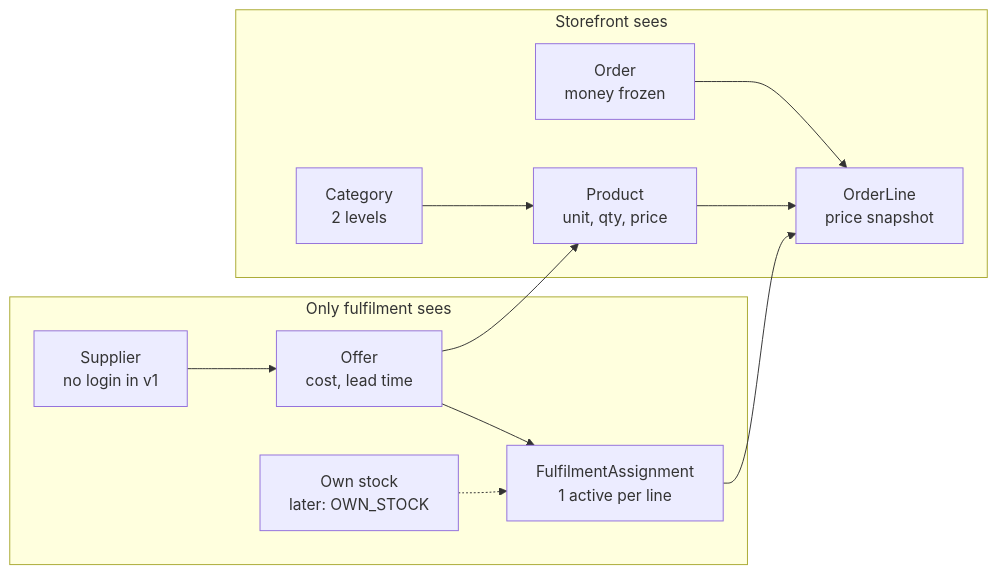
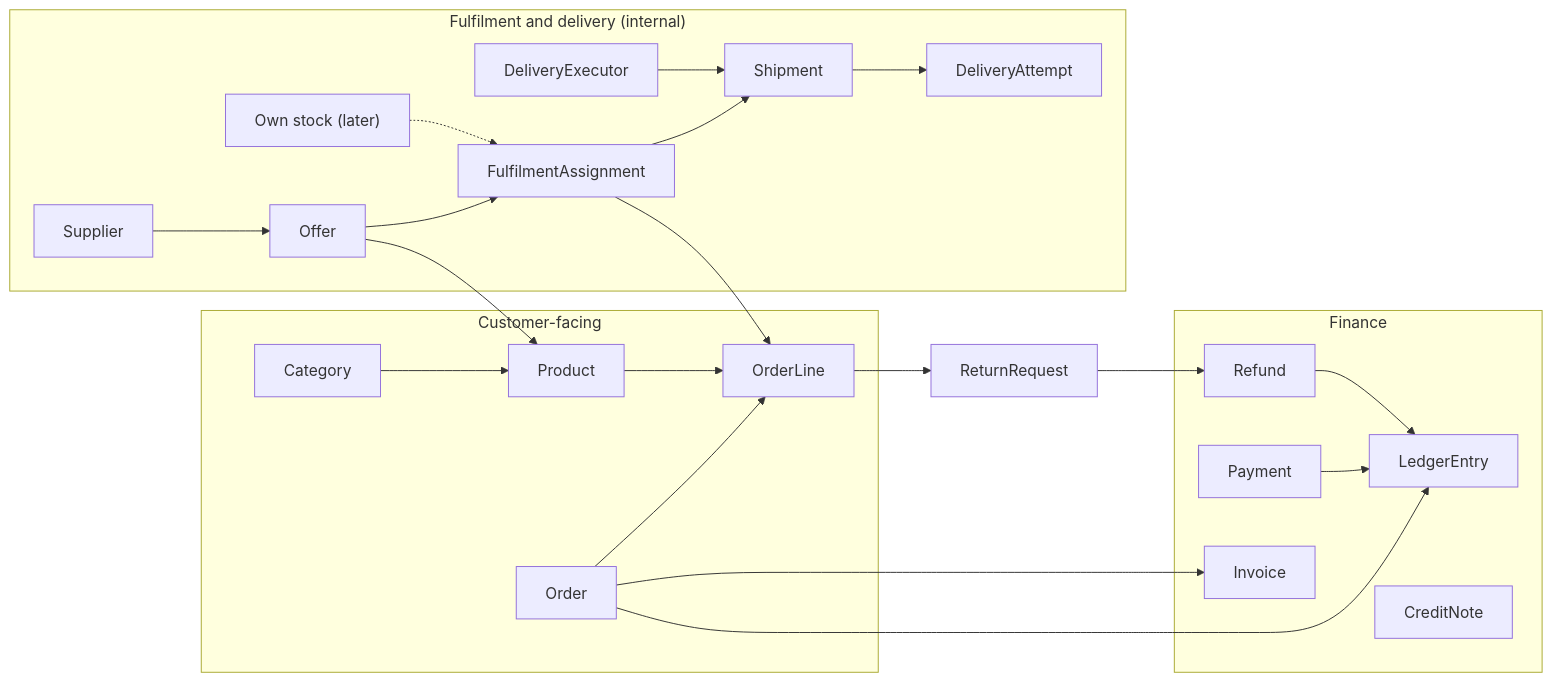
One commit to arvindcalyx/myshop changed the first of 2 diagrams in docs/Platform_Design_v1.md. Above: the diagram before and after it, drawn with Mermaid. The commit also changed other lines of this file, not shown here.

````diff
--- a/docs/Platform_Design_v1.md
+++ b/docs/Platform_Design_v1.md
@@ -74,15 +245,31 @@
 ```mermaid
 flowchart LR
-  subgraph SF["Storefront sees"]
-    Category["Category<br/>2 levels"] --> Product["Product<br/>unit, qty, price"]
-    Order["Order<br/>money frozen"] --> OrderLine["OrderLine<br/>price snapshot"]
+  subgraph SF["Customer-facing"]
+    Category --> Product
+    Order --> OrderLine
     Product --> OrderLine
   end
-  subgraph FF["Only fulfilment sees"]
-    Supplier["Supplier<br/>no login in v1"] --> Offer["Offer<br/>cost, lead time"]
-    Offer --> Assignment["FulfilmentAssignment<br/>1 active per line"]
-    OwnStock["Own stock<br/>later: OWN_STOCK"] -.-> Assignment
+  subgraph FF["Fulfilment and delivery (internal)"]
+    Supplier --> Offer
+    Offer --> Assignment["FulfilmentAssignment"]
+    OwnStock["Own stock (later)"] -.-> Assignment
+    Assignment --> Shipment
+    Executor["DeliveryExecutor"] --> Shipment
+    Shipment --> Attempt["DeliveryAttempt"]
+  end
+  subgraph FIN["Finance"]
+    Ledger["LedgerEntry"]
+    Payment
+    Refund
+    Invoice
+    CreditNote
   end
   Offer --> Product
   Assignment --> OrderLine
+  Order --> Ledger
+  Payment --> Ledger
+  Refund --> Ledger
+  Order --> Invoice
+  ReturnRequest --> Refund
+  OrderLine --> ReturnRequest
 ```
````
